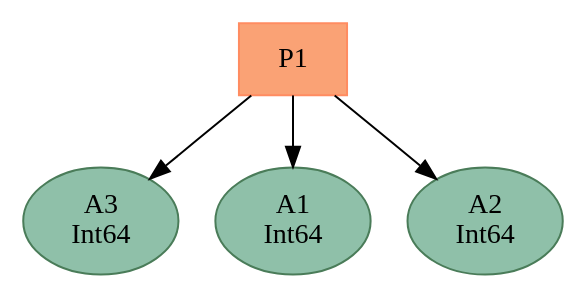
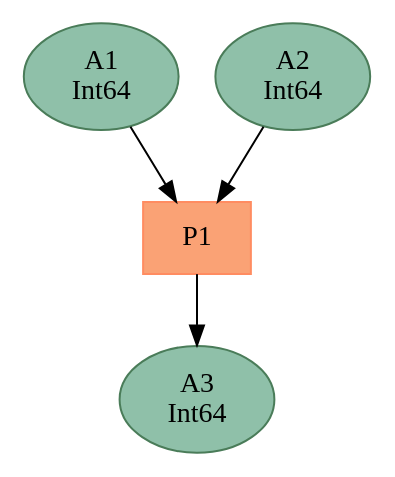
Before and after one commit to tz-lom/Glue: the second of 11 diagrams in docs/src/visualization.md, drawn with Graphviz. The commit also changed other lines of this file and 46 other files, not shown here.

````diff
--- a/docs/src/visualization.md
+++ b/docs/src/visualization.md
@@ -134,12 +134,12 @@
 ```graphviz
-digraph { compound=true;
-provider_1 [shape="rectangle",label="P1",style="filled",color="#ff8c61",fillcolor="#faa275"]
-artifact_2 [label="A3\nInt64",shape="ellipse",style="filled",color="#4a7c59",fillcolor="#8fc0a9"]
-artifact_3 [label="A1\nInt64",shape="ellipse",style="filled",color="#4a7c59",fillcolor="#8fc0a9"]
-artifact_4 [label="A2\nInt64",shape="ellipse",style="filled",color="#4a7c59",fillcolor="#8fc0a9"]
+digraph { layout=dot; compound=true;
+__provider_1 [shape="rectangle",label="P1",style="filled",color="#ff8c61",fillcolor="#faa275"]
+__artifact_2 [label="A3\nInt64",shape="ellipse",style="filled",color="#4a7c59",fillcolor="#8fc0a9"]
+__artifact_3 [label="A1\nInt64",shape="ellipse",style="filled",color="#4a7c59",fillcolor="#8fc0a9"]
+__artifact_4 [label="A2\nInt64",shape="ellipse",style="filled",color="#4a7c59",fillcolor="#8fc0a9"]
 
-provider_1 -> artifact_2 []
-provider_1 -> artifact_3 []
-provider_1 -> artifact_4 []
+__provider_1 -> __artifact_2
+__artifact_3 -> __provider_1
+__artifact_4 -> __provider_1
 }
 ```
````
